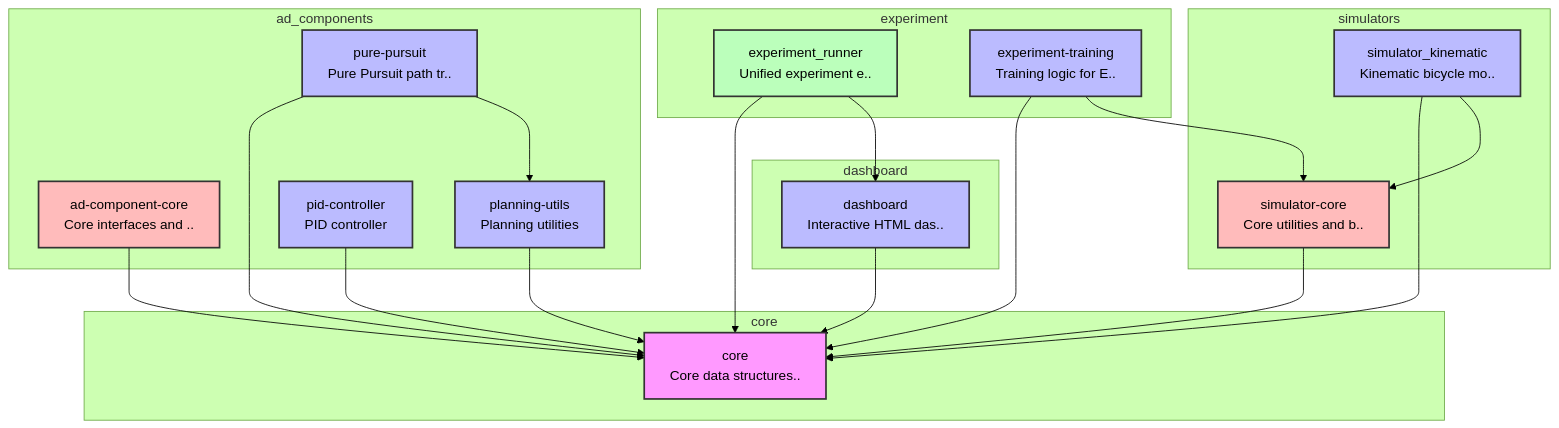
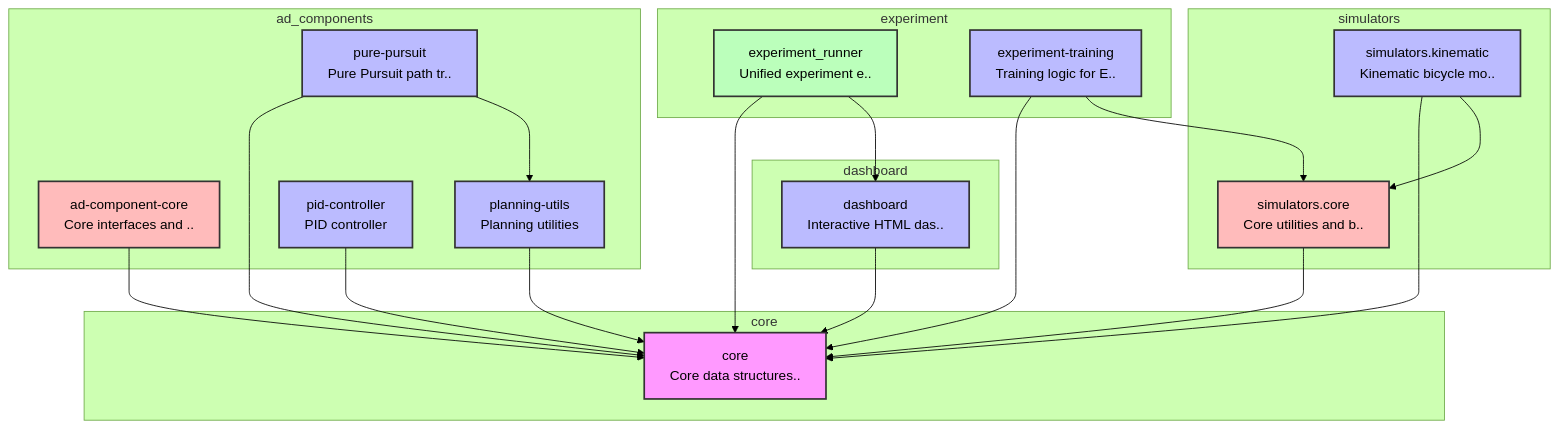
One commit to masahiro-kubota/python-self-driving-simulator changed the first of 2 diagrams in README.md. Above: the diagram before and after it, drawn with Mermaid (forest theme). The commit also changed other lines of this file and 71 other files, not shown here.

````diff
--- a/README.md
+++ b/README.md
@@ -107,53 +107,53 @@
 ```mermaid
 graph TD
     %% Styling
     classDef core fill:#f9f,stroke:#333,stroke-width:2px;
     classDef base fill:#fbb,stroke:#333,stroke-width:2px;
     classDef impl fill:#bbf,stroke:#333,stroke-width:2px;
     classDef app fill:#bfb,stroke:#333,stroke-width:2px;
     classDef default fill:#fff,stroke:#333,stroke-width:1px;
     subgraph group_core [core]
         core["core<br/>Core data structures.."]
         class core core;
     end
     subgraph group_dashboard [dashboard]
         dashboard["dashboard<br/>Interactive HTML das.."]
         class dashboard impl;
     end
     subgraph group_ad_components [ad_components]
         ad_component_core["ad-component-core<br/>Core interfaces and .."]
         class ad_component_core base;
         pure_pursuit["pure-pursuit<br/>Pure Pursuit path tr.."]
         class pure_pursuit impl;
         planning_utils["planning-utils<br/>Planning utilities"]
         class planning_utils impl;
         pid_controller["pid-controller<br/>PID controller"]
         class pid_controller impl;
     end
     subgraph group_experiment [experiment]
         experiment_runner["experiment_runner<br/>Unified experiment e.."]
         class experiment_runner app;
         experiment_training["experiment-training<br/>Training logic for E.."]
         class experiment_training impl;
     end
     subgraph group_simulators [simulators]
-        simulator_core["simulator-core<br/>Core utilities and b.."]
-        class simulator_core base;
-        simulator_kinematic["simulator_kinematic<br/>Kinematic bicycle mo.."]
-        class simulator_kinematic impl;
+        simulators.core["simulators.core<br/>Core utilities and b.."]
+        class simulators.core base;
+        simulators.kinematic["simulators.kinematic<br/>Kinematic bicycle mo.."]
+        class simulators.kinematic impl;
     end
     %% Dependencies
     dashboard --> core
     ad_component_core --> core
     pure_pursuit --> core
     pure_pursuit --> planning_utils
     planning_utils --> core
     pid_controller --> core
     experiment_runner --> core
     experiment_runner --> dashboard
     experiment_training --> core
-    experiment_training --> simulator_core
-    simulator_core --> core
-    simulator_kinematic --> core
-    simulator_kinematic --> simulator_core
+    experiment_training --> simulators.core
+    simulators.core --> core
+    simulators.kinematic --> core
+    simulators.kinematic --> simulators.core
 ```
````
